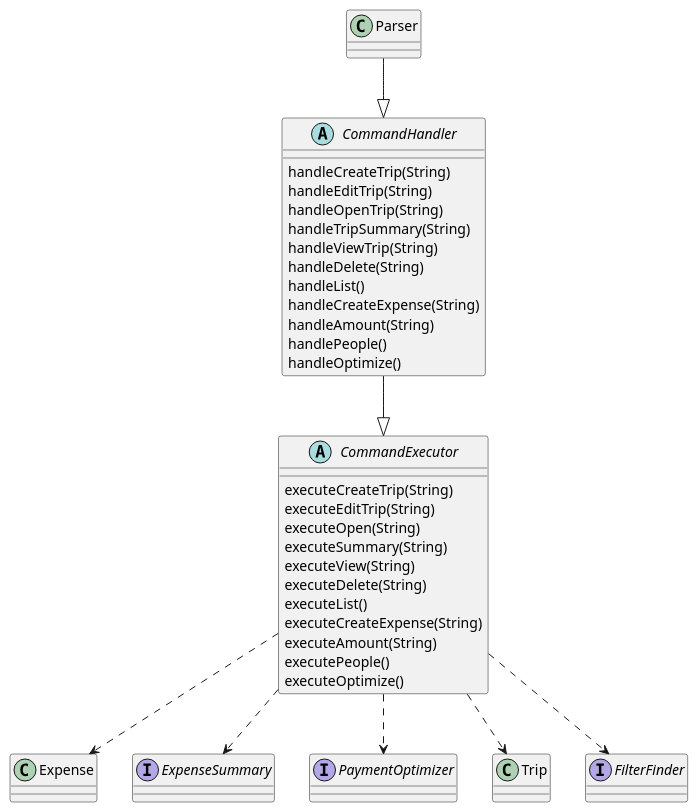
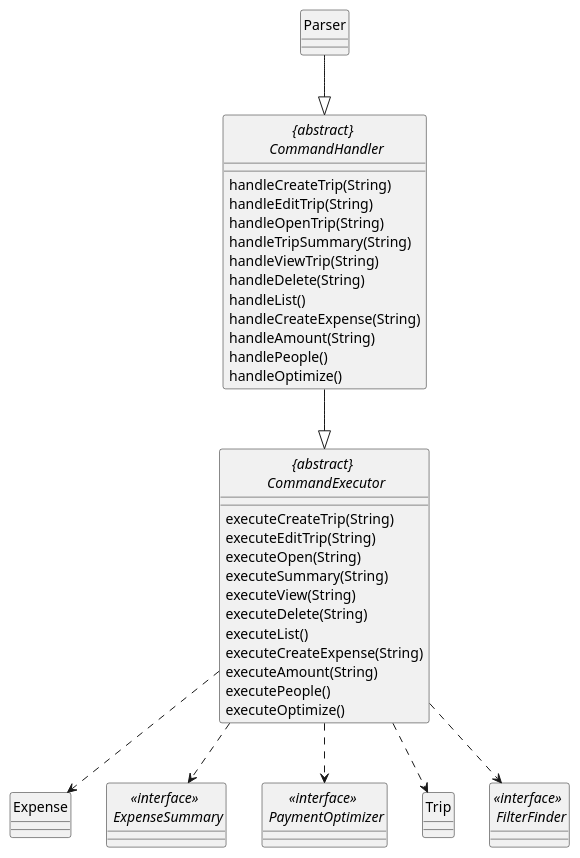
The diagram in docs/diagrams/ParserClassDiagram.puml (nus-cs2113-AY2122S1/tp), drawn with PlantUML before and after one commit.

Commit message:
Class diagram edit

```diff
--- a/docs/diagrams/ParserClassDiagram.puml
+++ b/docs/diagrams/ParserClassDiagram.puml
@@ -1,48 +1,49 @@
 @startuml
 'https://plantuml.com/class-diagram
 
+hide circle
 class Parser
 class Expense
-interface ExpenseSummary
-interface PaymentOptimizer
+interface "<<interface>> \n ExpenseSummary" as ExpenseSummary
+interface "<<interface>> \n PaymentOptimizer" as PaymentOptimizer
 class Trip
-interface FilterFinder
+interface "<<interface>> \n FilterFinder" as FilterFinder
 
 
-abstract CommandHandler {
+abstract "{abstract} \n CommandHandler" as CommandHandler {
 handleCreateTrip(String)
 handleEditTrip(String)
 handleOpenTrip(String)
 handleTripSummary(String)
 handleViewTrip(String)
 handleDelete(String)
 handleList()
 handleCreateExpense(String)
 handleAmount(String)
 handlePeople()
 handleOptimize()
 }
 
-abstract CommandExecutor {
+abstract "{abstract} \n CommandExecutor" as CommandExecutor {
 executeCreateTrip(String)
 executeEditTrip(String)
 executeOpen(String)
 executeSummary(String)
 executeView(String)
 executeDelete(String)
 executeList()
 executeCreateExpense(String)
 executeAmount(String)
 executePeople()
 executeOptimize()
 }
 
 CommandHandler <|-up- Parser
 CommandExecutor <|-up- CommandHandler
 
 CommandExecutor -[dashed]-> Expense
 CommandExecutor -[dashed]-> ExpenseSummary
 CommandExecutor -[dashed]-> PaymentOptimizer
 CommandExecutor -[dashed]-> Trip
 CommandExecutor -[dashed]-> FilterFinder
 @enduml
```
